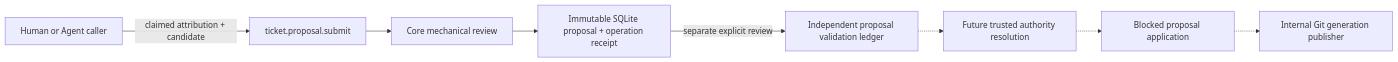
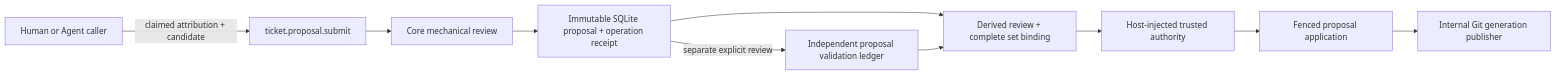
Before and after one commit to VW-ai/vibehub-plugin: the diagram in META/09-ticket-runtime/artifacts/2026-07-29-ticket-proposal-authority-contract.md, drawn with Mermaid. The commit also changed other lines of this file and 41 other files, not shown here.

Commit message:
feat(ticket): add trusted proposal application runtime

````diff
--- a/META/09-ticket-runtime/artifacts/2026-07-29-ticket-proposal-authority-contract.md
+++ b/META/09-ticket-runtime/artifacts/2026-07-29-ticket-proposal-authority-contract.md
@@ -14,19 +16,22 @@
 ```mermaid
 flowchart LR
   Caller["Human or Agent caller"]
   Submit["ticket.proposal.submit"]
   Mechanical["Core mechanical review"]
   Proposal["Immutable SQLite proposal + operation receipt"]
   Semantic["Independent proposal validation ledger"]
-  Authority["Future trusted authority resolution"]
-  Apply["Blocked proposal application"]
+  Review["Derived review + complete set binding"]
+  Authority["Host-injected trusted authority"]
+  Apply["Fenced proposal application"]
   Publisher["Internal Git generation publisher"]
 
   Caller -->|"claimed attribution + candidate"| Submit
   Submit --> Mechanical
   Mechanical --> Proposal
   Proposal -->|"separate explicit review"| Semantic
-  Semantic -.-> Authority
-  Authority -.-> Apply
-  Apply -.-> Publisher
+  Proposal --> Review
+  Semantic --> Review
+  Review --> Authority
+  Authority --> Apply
+  Apply --> Publisher
 ```
````
